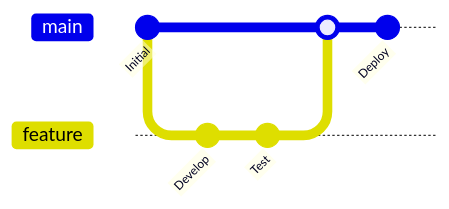
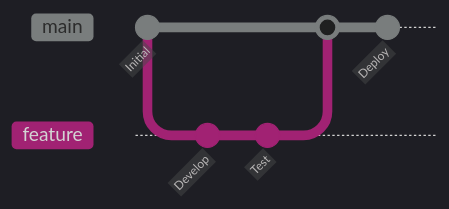
One commit to hkevin01/Layers-Radar-States-Streets changed the eighth of 9 diagrams in README.md. Above: the diagram before and after it, drawn with Mermaid. The commit also changed other lines of this file, not shown here.

Commit message:
refactor: Standardize diagram styles for improved visual consistency

````diff
--- a/README.md
+++ b/README.md
@@ -822,11 +877,12 @@
 ```mermaid
+%%{init: {'theme':'dark'}}%%
 gitGraph
     commit id: "Initial"
     branch feature
     checkout feature
     commit id: "Develop"
     commit id: "Test"
     checkout main
     merge feature
     commit id: "Deploy"
 ```
````
